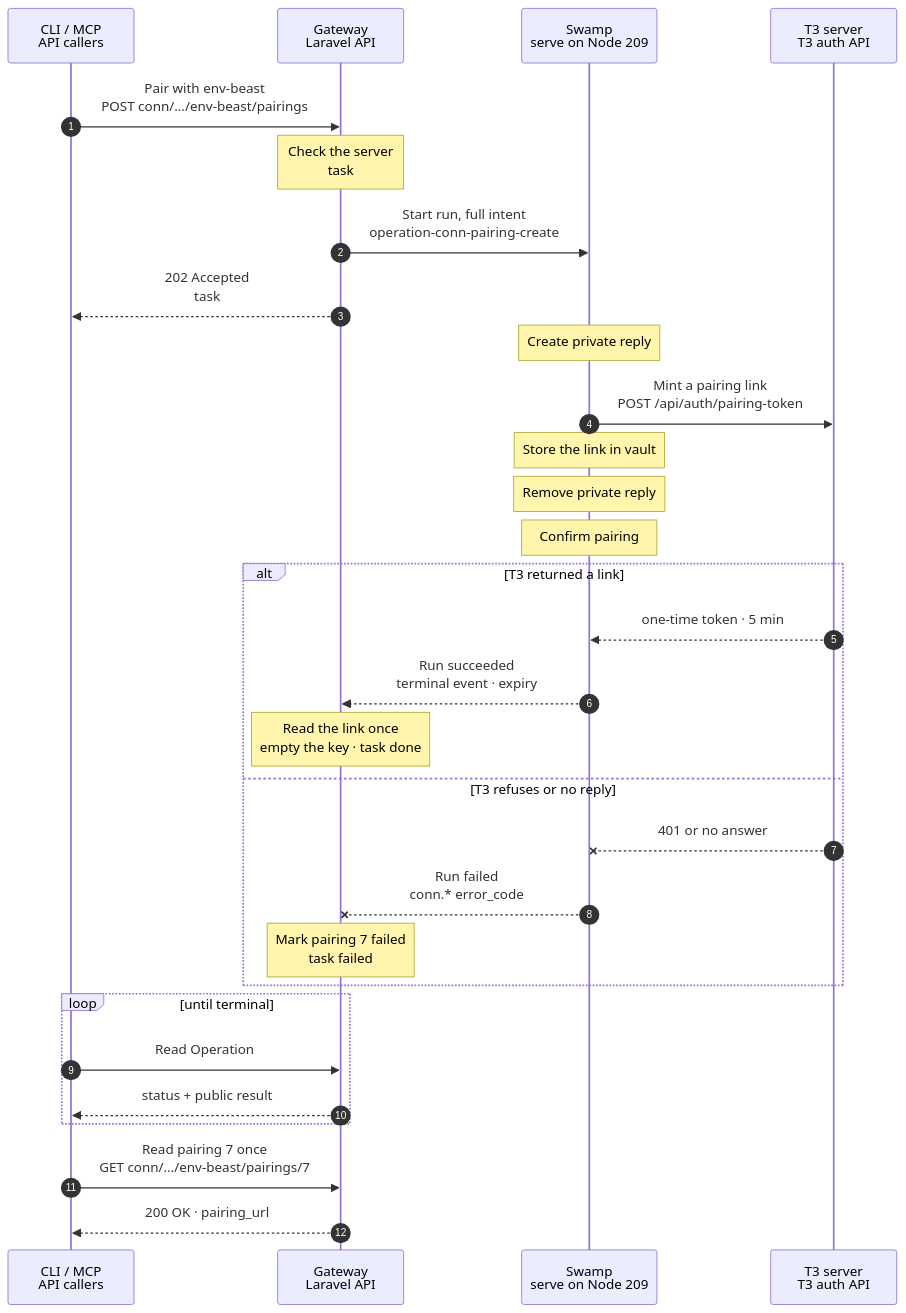
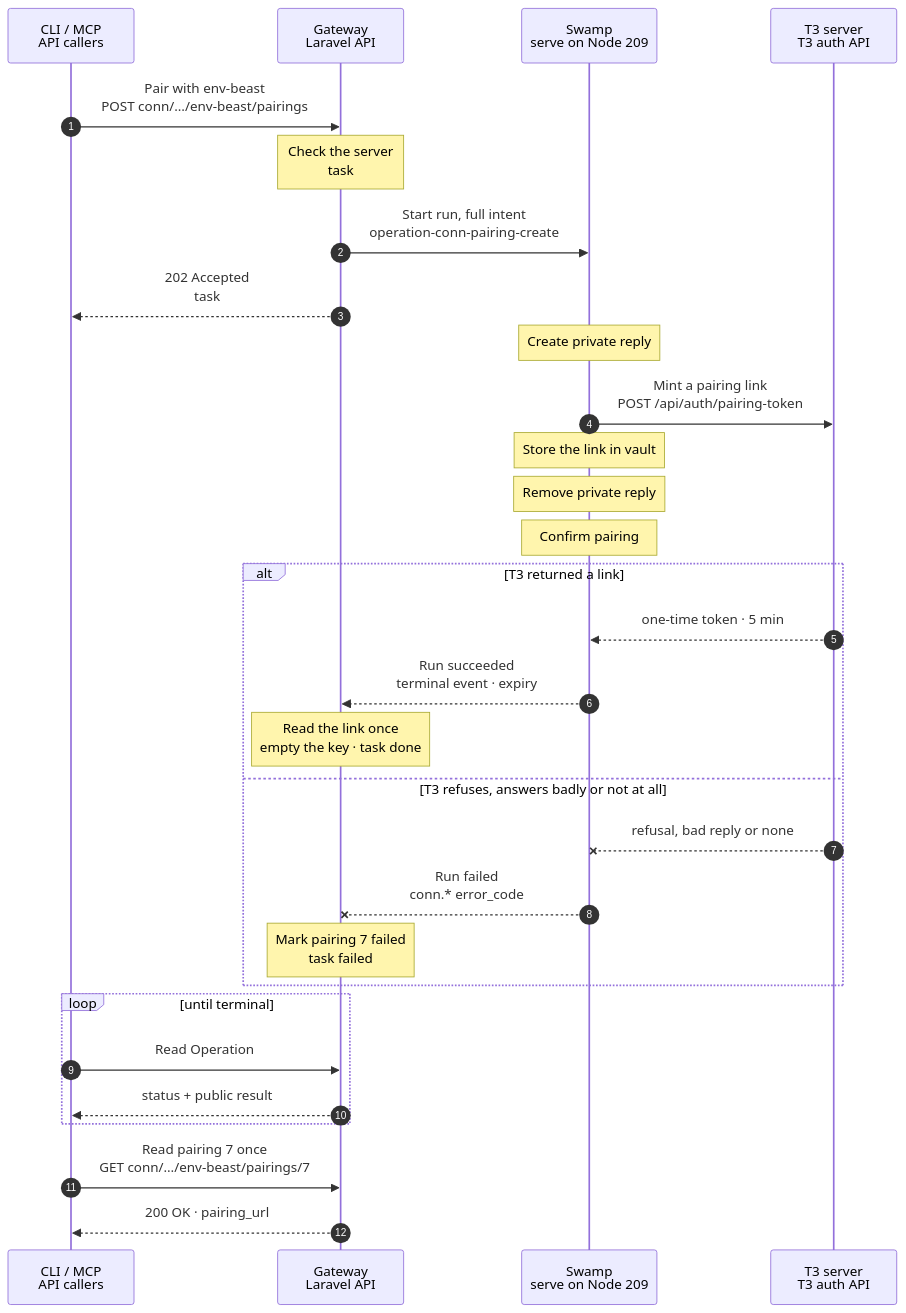
One commit to hardimpactdev/orbit changed the diagram in docs/cli/conn/pairing-create.mmd. Above: the diagram before and after it, drawn with Mermaid. The commit also changed 4 other files, not shown here.

Commit message:
fix(conn): require T3's echoed pairing label and word final codes per pairing

```diff
--- a/docs/cli/conn/pairing-create.mmd
+++ b/docs/cli/conn/pairing-create.mmd
@@ -1,112 +1,112 @@
 sequenceDiagram
   %% Target design: ADR 0244 task, DECISIONS R1 (an external API call is an effect, so it is a run), R2-R4, env_import vault pattern. docs/reference/conn.md#pairing-operations.
   %% status: migrated
   %% command: none · API (conn-pairing-create)
   %% kind: conn.pairing_create
   autonumber
   %% lane CLI icon=terminal pill=caller tone=gray
   %% lane GW icon=gateway pill=intent tone=blue
   %% lane SW icon=workflow pill=executes tone=green
   %% lane T3 icon=server pill=target tone=purple
   participant CLI as CLI / MCP<br/>API callers
   participant GW as Gateway<br/>Laravel API
   participant SW as Swamp<br/>serve on Node 209
   participant T3 as T3 server<br/>T3 auth API
   CLI->>GW: Pair with env-beast<br/>POST conn/…/env-beast/pairings
   %%> Command:
   %%> - `POST /api/v1/conn/environments/env-beast/pairings`
   %%> - syntax: the MCP tool `conn-pairing-create` with `environment`
   %%> Input:
   %%> - the registered T3 server; the calling Node, such as `phone`, is who gets paired
   %%> Not included:
   %%> - there is no `orbit` command
   Note over GW: Check the server<br/>task #5170 · session to vault
   %%> Requirements:
   %%> - the `conn` extension is on; the caller is an active Node; no access grant is needed
   %%> - env-beast is registered and the Gateway's admin session there has not expired, else `conn.session_expired`
   %%> What it does:
   %%> - records pairing 7 with a unique client label, such as `phone via Orbit k3j9x0qa`
   %%> - pushes the admin session to the Swamp vault as `conn-session-5170` after commit (R3)
   %%> Why a run:
   %%> - calling T3's API is an effect; the Gateway's only execution primitives are mint and sign
   %%> Result:
   %%> - task #5170 recorded with the full intent
   GW->>SW: Start run, full intent<br/>operation-conn-pairing-create
   %%> What it does:
   %%> - starts one Swamp run on serve (Node 209); no Node is a target
   %%> Inputs:
   %%> - the T3 server URL, the client label, and the vault key names; never the session
   GW-->>CLI: 202 Accepted<br/>task #5170
   %%> What you get:
   %%> - the task number, at once
   %%> Next:
   %%> - the caller waits on the task and shows its progress; the run takes about a second
   Note over SW: Create private reply
   %%> How:
   %%> - mktemp creates a private directory for the T3 response
   SW->>T3: Mint a pairing link<br/>POST /api/auth/pairing-token
   %%> How:
   %%> - one HTTPS request from 209, with the admin session from `vault.get`
   %%> What it does:
   %%> - asks T3 for a one-time pairing token with T3's administrative scopes and the admitted client label
   Note over SW: Store the link in vault
   %%> How:
-  %%> - a typed data method reads the private response as T3's pairing result: id, credential, expiry and the echoed label; it ignores added fields
+  %%> - a typed data method reads the private response as T3's pairing result: id, credential, expiry and the echoed label, which must match; it ignores added fields
   %%> - it publishes the credential as a native sensitive field
   %%> - its resource instance is unique to pairing 7, so concurrent pairings have different vault keys
   %%> What it does:
   %%> - writes the credential to the native key for pairing 7 and returns only public metadata and its key name
   %%> Not included:
   %%> - the link never goes into step outputs, the run's result or a log
   Note over SW: Remove private reply
   %%> How:
   %%> - declared completed or skipped dependencies clean up after failure too
   Note over SW: Confirm pairing
   %%> Check:
   %%> - the native assert requires a stored sensitive output and successful cleanup
   alt T3 returned a link
     T3-->>SW: one-time token · 5 min
     %%> Returns:
     %%> - the token and its expiry
     SW-->>GW: Run succeeded<br/>terminal event · expiry
     %%> How the Gateway learns it:
     %%> - its shared run reader sees the terminal event; Swamp never calls the Gateway
     %%> Returns:
     %%> - only public metadata: the expiry
     Note over GW: Read the link once<br/>empty the key · task done
     %%> What it does:
     %%> - reads pairing 7's native credential key once, keeps the link encrypted on pairing 7, then deletes the key with the native `vault.delete` frame
     %%> Result:
     %%> - pairing 7 gets its issued and expiry times; task #5170 succeeds
-  else T3 refuses or no reply
-    T3--xSW: 401 or no answer
+  else T3 refuses, answers badly or not at all
+    T3--xSW: refusal, bad reply or none
     %%> When:
     %%> - T3 refuses the admin session, refuses the call, answers with invalid data, or cannot be reached
     SW--xGW: Run failed<br/>conn.* error_code
     %%> The Gateway reads:
     %%> - the failed step's code: `conn.session_rejected` (401), `conn.request_refused` (another status), `conn.response_invalid` (2xx without T3's shape)
     %%> - any other failure, such as no answer, is `conn.pairing_outcome_unknown`
     Note over GW: Mark pairing 7 failed<br/>task failed
     %%> Result:
     %%> - pairing 7 is marked failed; task #5170 fails
     %%> On the T3 server:
     %%> - a link minted before a lost or invalid reply stays unused and expires within minutes; that is harmless
     %%> Retry:
-    %%> - T3's answer is final: do not retry `session_rejected`, `request_refused` or `response_invalid` until the cause is fixed
+    %%> - T3's answer is final for this pairing: callers do not retry `session_rejected`, `request_refused` or `response_invalid` on their own
     %%> - after `pairing_outcome_unknown`, ask again; it is a new task with a new label
   end
   loop until terminal
     CLI->>GW: Read Operation #5170<br/>GET conn/operations/5170
     %%> What it does:
     %%> - the requester polls `GET /api/v1/conn/operations/5170` for status and public results
     GW-->>CLI: status + public result
     %%> Returns:
     %%> - status and public pairing metadata; never the pairing URL
   end
   CLI->>GW: Read pairing 7 once<br/>GET conn/…/env-beast/pairings/7
   %%> What it does:
   %%> - after success, the caller reads `GET /api/v1/conn/environments/env-beast/pairings/7`
   GW-->>CLI: 200 OK · pairing_url
   %%> Returns:
   %%> - the owner-checked read returns the URL once and clears its encrypted credential
   %%> - a second read, an expired pairing or a read before completion returns 409
```
